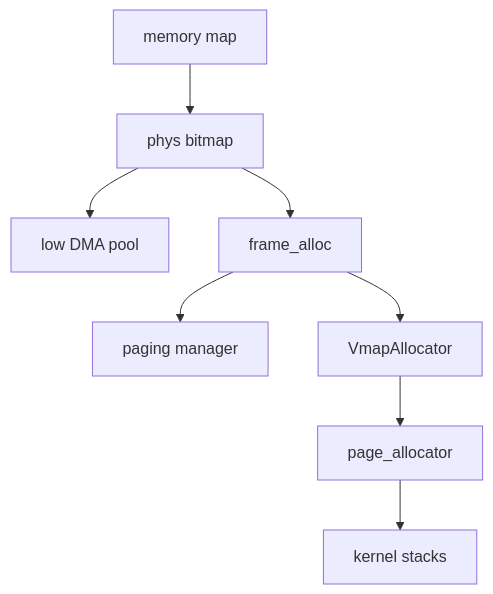
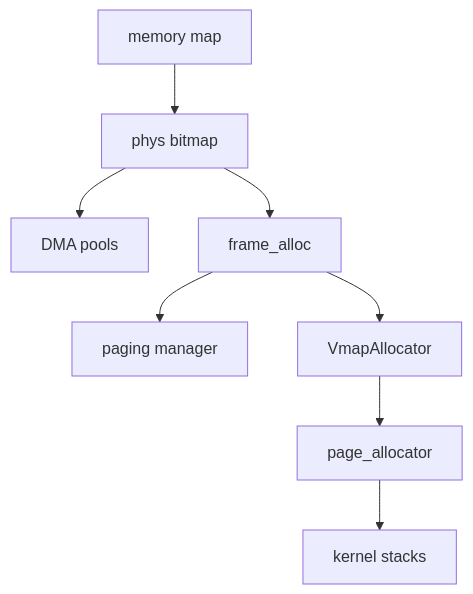
Before and after one commit to NON-OS/microkernel: the diagram in docs/kernel/frame-allocator.md, drawn with Mermaid. The commit also changed other lines of this file and 15 other files, not shown here.

````diff
--- a/docs/kernel/frame-allocator.md
+++ b/docs/kernel/frame-allocator.md
@@ -7,10 +7,10 @@
 ```mermaid
 flowchart TD
     MM[memory map] --> P[phys bitmap]
-    P --> D[low DMA pool]
+    P --> D[DMA pools]
     P --> F[frame_alloc]
     F --> PM[paging manager]
     F --> V[VmapAllocator]
     V --> PA[page_allocator]
     PA --> KS[kernel stacks]
 ```
````
